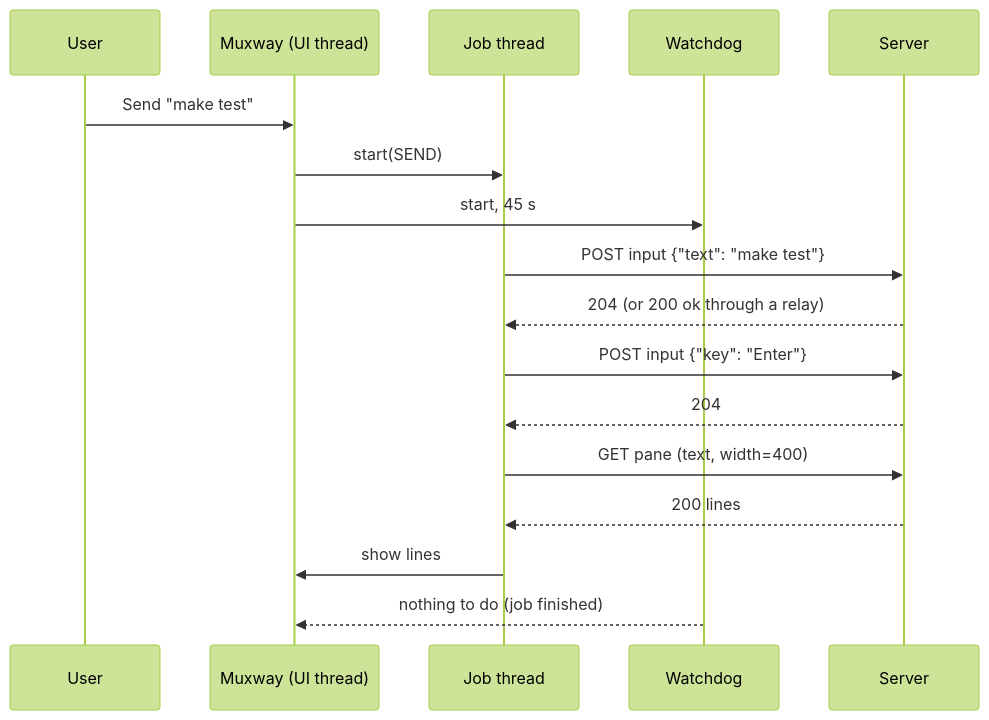
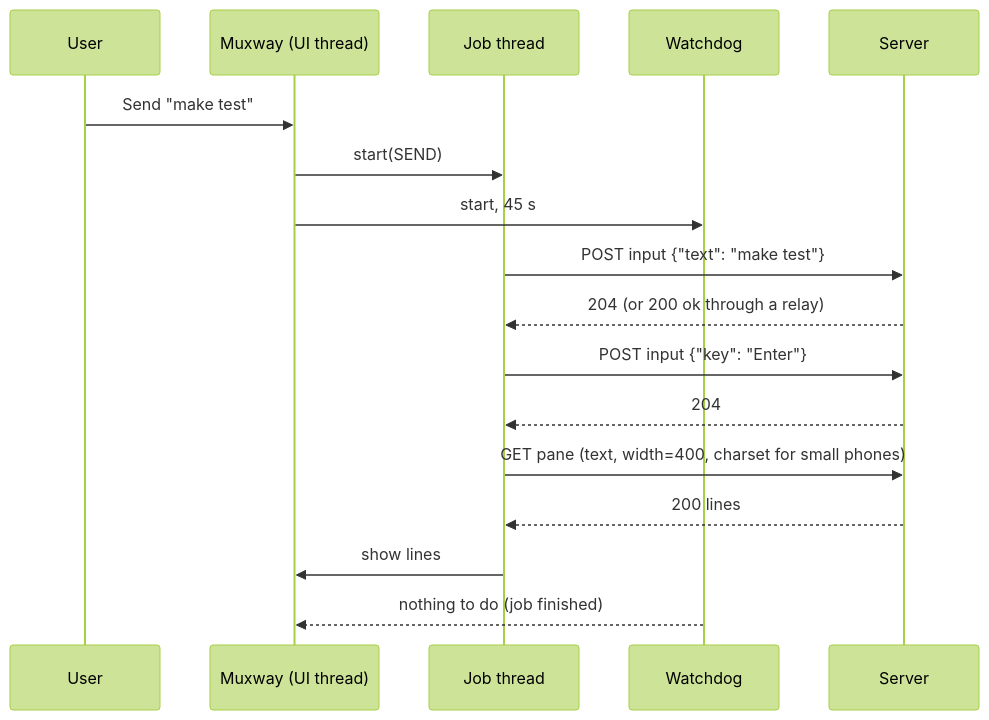
One commit to notmarkopadjen/muxway-midp changed the third of 3 diagrams in docs/ARCHITECTURE.md. Above: the diagram before and after it, drawn with Mermaid (forest theme). The commit also changed other lines of this file and 17 other files, not shown here.

First line of the commit message:
View per pane with a forced Claude Code lens, Latin-1 text for small phones, rows wrapped by pixels

````diff
--- a/docs/ARCHITECTURE.md
+++ b/docs/ARCHITECTURE.md
@@ -75,19 +75,19 @@
 ```mermaid
 sequenceDiagram
     participant U as User
     participant M as Muxway (UI thread)
     participant J as Job thread
     participant W as Watchdog
     participant S as Server
     U->>M: Send "make test"
     M->>J: start(SEND)
     M->>W: start, 45 s
     J->>S: POST input {"text": "make test"}
     S-->>J: 204 (or 200 ok through a relay)
     J->>S: POST input {"key": "Enter"}
     S-->>J: 204
-    J->>S: GET pane (text, width=400)
+    J->>S: GET pane (text, width=400, charset for small phones)
     S-->>J: 200 lines
     J->>M: show lines
     W-->>M: nothing to do (job finished)
 ```
````
